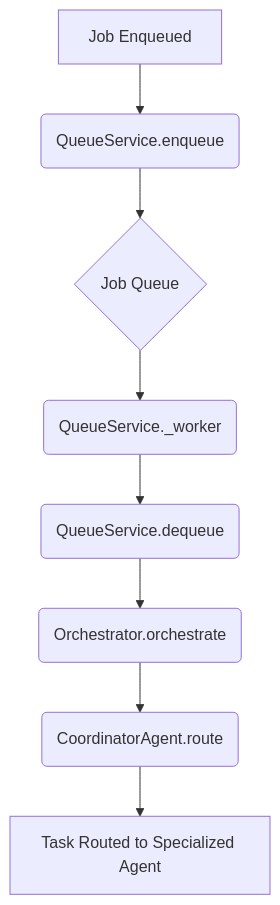
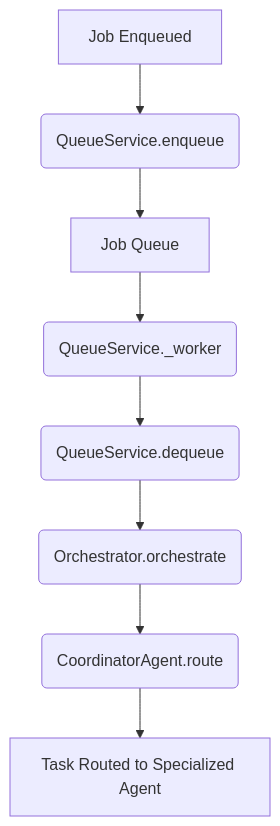
The diagram in docs/architecture.md (OpenAuditLabs/agent), drawn with Mermaid before and after one commit. The commit also changed other lines of this file and 2 other files, not shown here.

Commit message:
Refine architecture event flow documentation and diagram

````diff
--- a/docs/architecture.md
+++ b/docs/architecture.md
@@ -38,10 +40,10 @@
 ```mermaid
 graph TD
     A[Job Enqueued] --> B(QueueService.enqueue);
-    B --> C{Job Queue};
+    B --> C[Job Queue];
     C --> D(QueueService._worker);
     D --> E(QueueService.dequeue);
     E --> F(Orchestrator.orchestrate);
     F --> G(CoordinatorAgent.route);
     G --> H[Task Routed to Specialized Agent];
 ```
````
